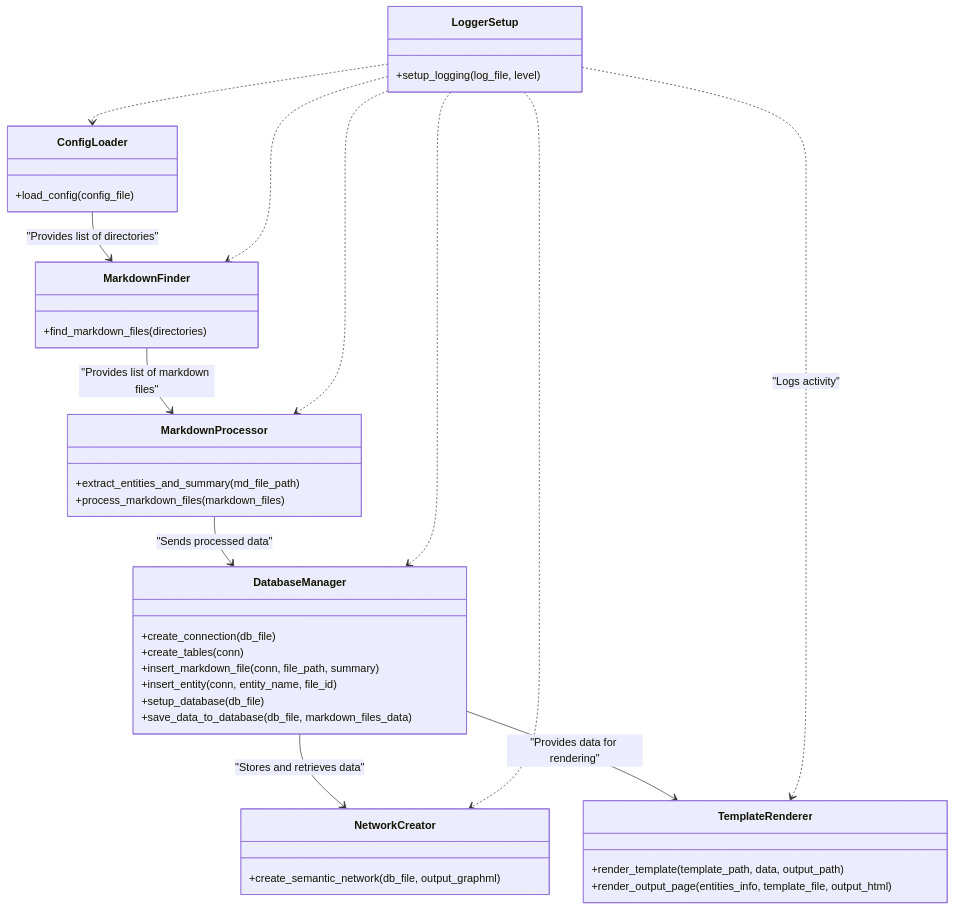
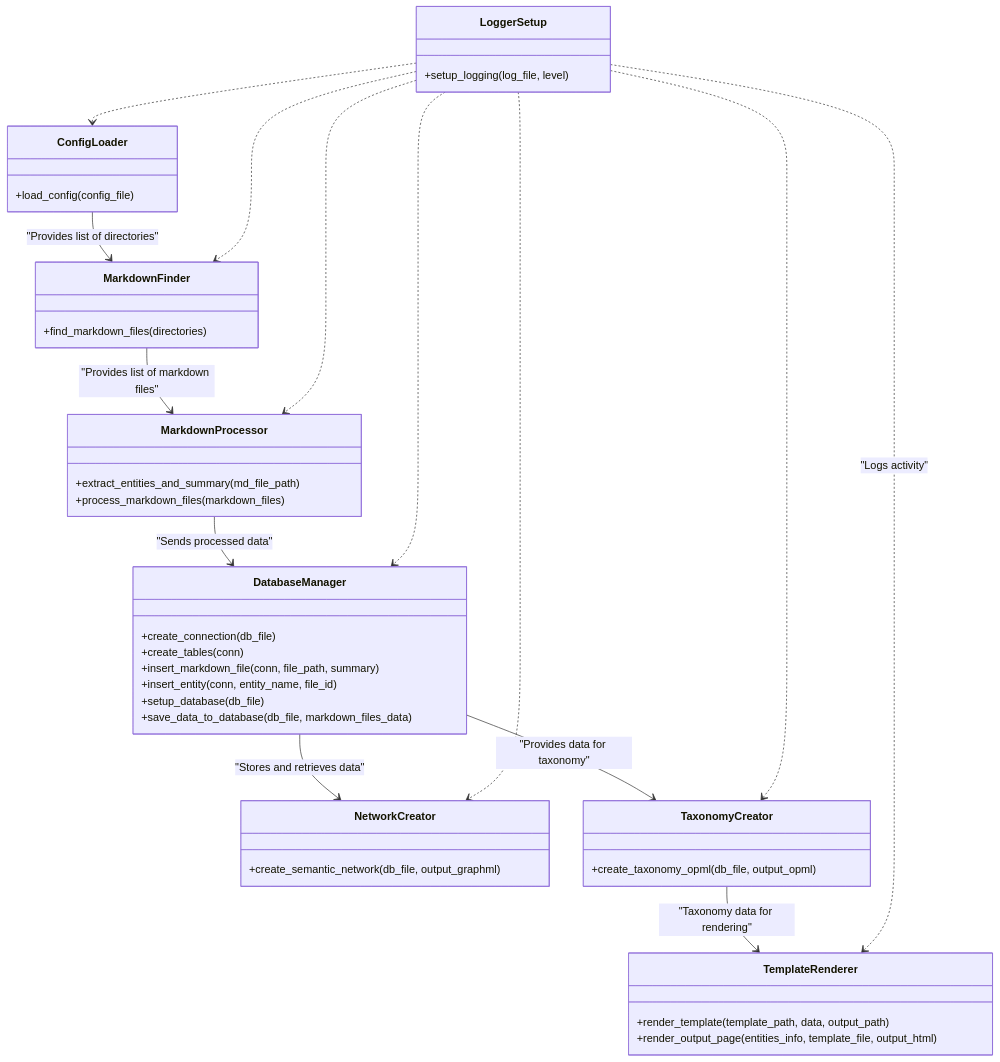
One commit to mattbriggs/content-feature changed the first of 2 diagrams in ex-010/application_docs.md. Above: the diagram before and after it, drawn with Mermaid. The commit also changed other lines of this file and 15 other files, not shown here.

````diff
--- a/ex-010/application_docs.md
+++ b/ex-010/application_docs.md
@@ -23,43 +24,48 @@
 ```mermaid
 classDiagram
     class ConfigLoader {
         +load_config(config_file)
     }
     class MarkdownFinder {
         +find_markdown_files(directories)
     }
     class MarkdownProcessor {
         +extract_entities_and_summary(md_file_path)
         +process_markdown_files(markdown_files)
     }
     class DatabaseManager {
         +create_connection(db_file)
         +create_tables(conn)
         +insert_markdown_file(conn, file_path, summary)
         +insert_entity(conn, entity_name, file_id)
         +setup_database(db_file)
         +save_data_to_database(db_file, markdown_files_data)
     }
     class NetworkCreator {
         +create_semantic_network(db_file, output_graphml)
     }
+    class TaxonomyCreator {
+        +create_taxonomy_opml(db_file, output_opml)
+    }
     class TemplateRenderer {
         +render_template(template_path, data, output_path)
         +render_output_page(entities_info, template_file, output_html)
     }
     class LoggerSetup {
         +setup_logging(log_file, level)
     }
 
     ConfigLoader --> MarkdownFinder : "Provides list of directories"
     MarkdownFinder --> MarkdownProcessor : "Provides list of markdown files"
     MarkdownProcessor --> DatabaseManager : "Sends processed data"
     DatabaseManager --> NetworkCreator : "Stores and retrieves data"
-    DatabaseManager --> TemplateRenderer : "Provides data for rendering"
+    DatabaseManager --> TaxonomyCreator : "Provides data for taxonomy"
+    TaxonomyCreator --> TemplateRenderer : "Taxonomy data for rendering"
     LoggerSetup ..> ConfigLoader
     LoggerSetup ..> MarkdownFinder
     LoggerSetup ..> MarkdownProcessor
     LoggerSetup ..> DatabaseManager
     LoggerSetup ..> NetworkCreator
+    LoggerSetup ..> TaxonomyCreator
     LoggerSetup ..> TemplateRenderer : "Logs activity"
 ```
````
